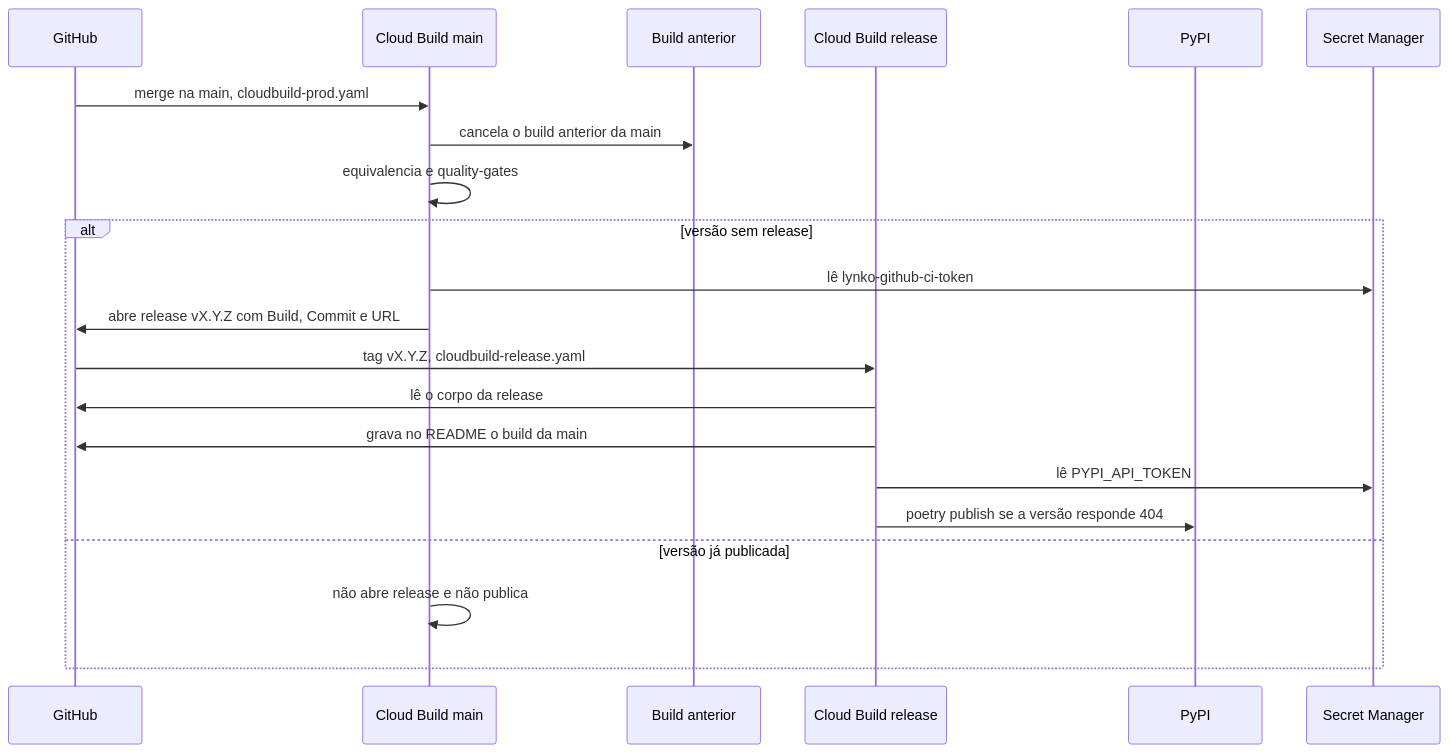
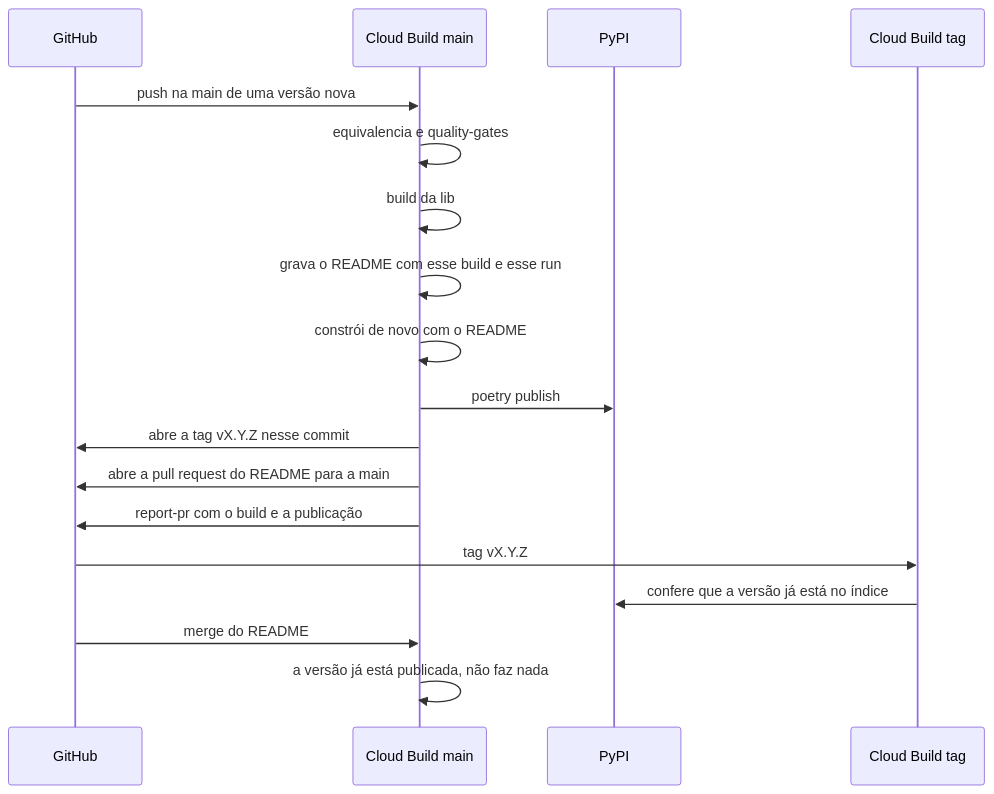
The second of 3 diagrams in docs/publicacao-flow.md (garusocruz/calculadora-rtc-simples-nacional), drawn with Mermaid before and after one commit. The commit also changed other lines of this file and 17 other files, not shown here.

First line of the commit message:
fix: a tag e o PyPI saem do mesmo run do quality gate (#7)

````diff
--- a/docs/publicacao-flow.md
+++ b/docs/publicacao-flow.md
@@ -32,23 +34,20 @@
 ```mermaid
 sequenceDiagram
   participant GH as GitHub
   participant Main as Cloud Build main
-  participant Old as Build anterior
-  participant Rel as Cloud Build release
   participant Py as PyPI
-  participant SM as Secret Manager
-  GH->>Main: merge na main, cloudbuild-prod.yaml
-  Main->>Old: cancela o build anterior da main
+  participant Tag as Cloud Build tag
+  GH->>Main: push na main de uma versão nova
   Main->>Main: equivalencia e quality-gates
-  alt versão sem release
-    Main->>SM: lê lynko-github-ci-token
-    Main->>GH: abre release vX.Y.Z com Build, Commit e URL
-    GH->>Rel: tag vX.Y.Z, cloudbuild-release.yaml
-    Rel->>GH: lê o corpo da release
-    Rel->>GH: grava no README o build da main
-    Rel->>SM: lê PYPI_API_TOKEN
-    Rel->>Py: poetry publish se a versão responde 404
-  else versão já publicada
-    Main->>Main: não abre release e não publica
-  end
+  Main->>Main: build da lib
+  Main->>Main: grava o README com esse build e esse run
+  Main->>Main: constrói de novo com o README
+  Main->>Py: poetry publish
+  Main->>GH: abre a tag vX.Y.Z nesse commit
+  Main->>GH: abre a pull request do README para a main
+  Main->>GH: report-pr com o build e a publicação
+  GH->>Tag: tag vX.Y.Z
+  Tag->>Py: confere que a versão já está no índice
+  GH->>Main: merge do README
+  Main->>Main: a versão já está publicada, não faz nada
 ```
````
